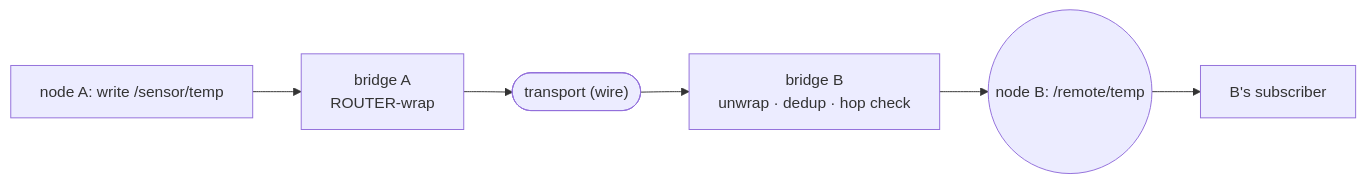
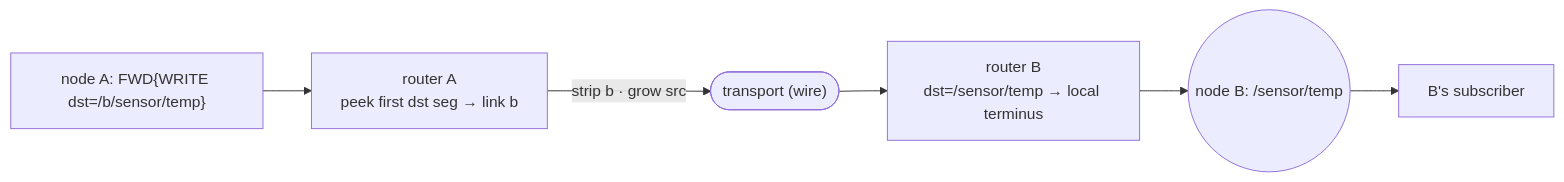
One commit to avatarsd-llc/libtracer changed the second of 2 diagrams in docs/getting-started.md. Above: the diagram before and after it, drawn with Mermaid. The commit also changed other lines of this file and 22 other files, not shown here.

Commit message:
docs: published pages describe the current net plane only — FWD source-routing + ADR-0041 terminus arena

````diff
--- a/docs/getting-started.md
+++ b/docs/getting-started.md
@@ -99,7 +103,7 @@
 ```{mermaid}
 flowchart LR
-    WA["node A: write /sensor/temp"] --> BA["bridge A<br/>ROUTER-wrap"]
-    BA --> T(["transport (wire)"])
-    T --> BB["bridge B<br/>unwrap · dedup · hop check"]
-    BB --> M(("node B: /remote/temp")) --> S["B's subscriber"]
+    CA["node A: FWD{WRITE dst=/b/sensor/temp}"] --> RA["router A<br/>peek first dst seg → link b"]
+    RA -->|"strip b · grow src"| T(["transport (wire)"])
+    T --> RB["router B<br/>dst=/sensor/temp → local terminus"]
+    RB --> M(("node B: /sensor/temp")) --> S["B's subscriber"]
 ```
````
